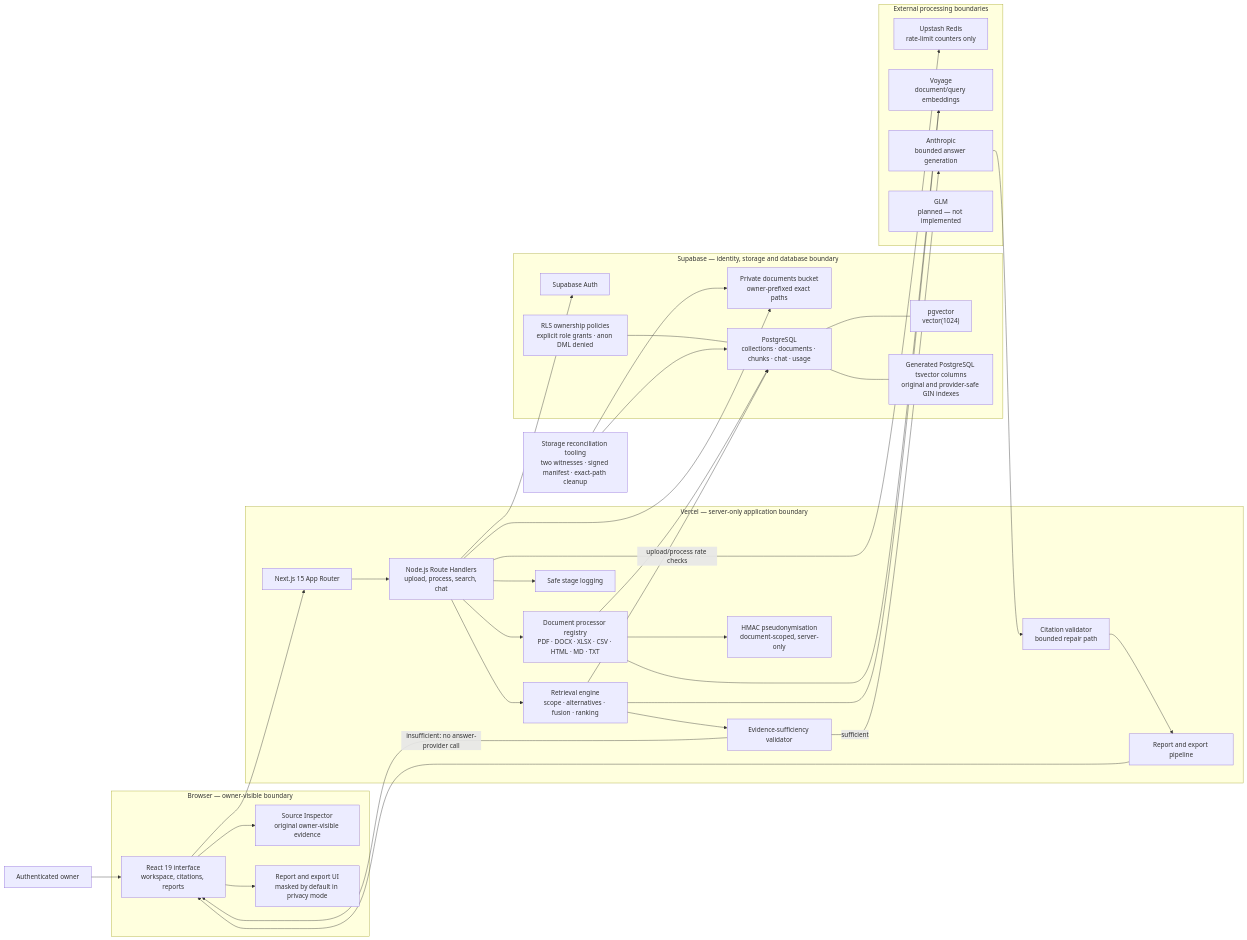
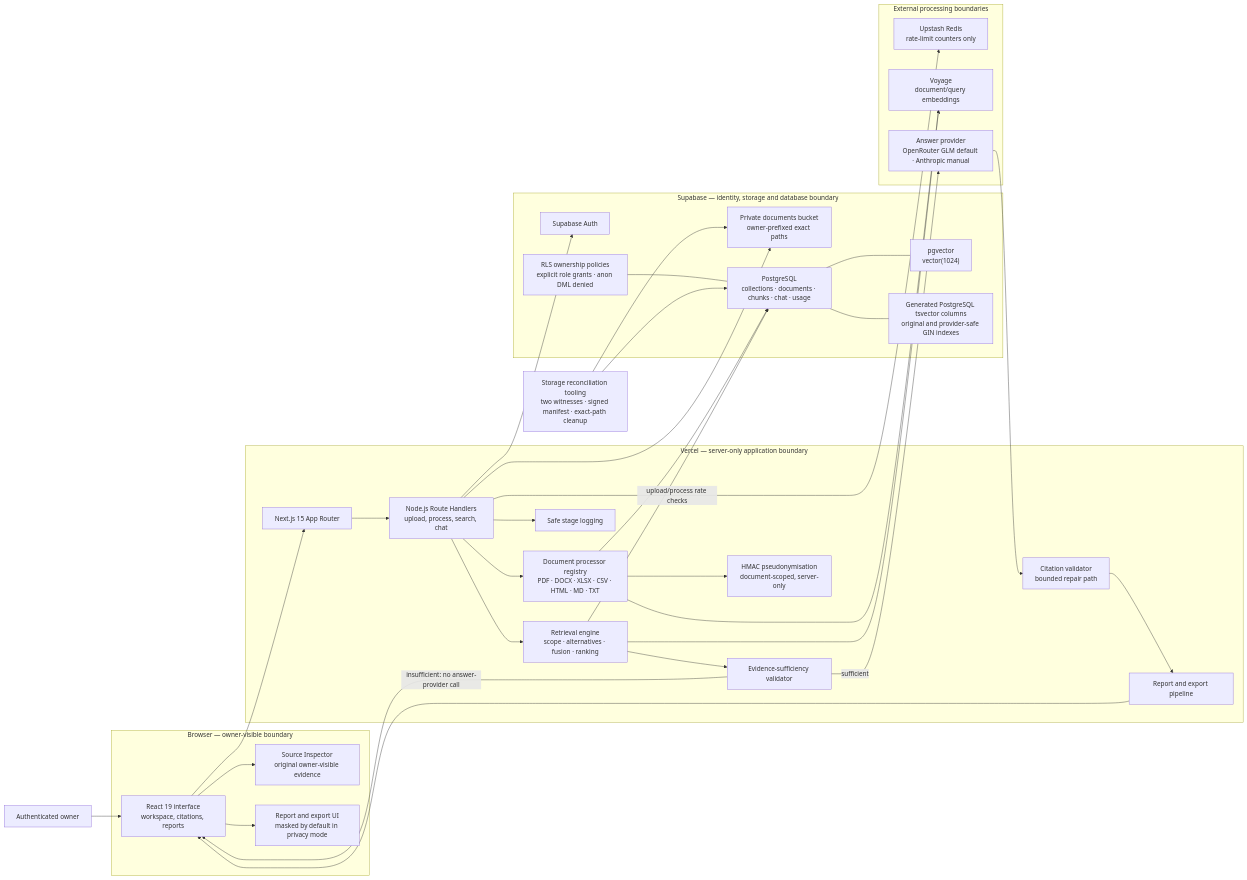
One commit to Deepak92939339/Pliny changed the first of 4 diagrams in docs/architecture.md. Above: the diagram before and after it, drawn with Mermaid. The commit also changed other lines of this file and 12 other files, not shown here.

Commit message:
feat: use OpenRouter GLM for answers

````diff
--- a/docs/architecture.md
+++ b/docs/architecture.md
@@ -9,64 +9,63 @@
 ```mermaid
 flowchart LR
   Owner["Authenticated owner"]
 
   subgraph Client["Browser — owner-visible boundary"]
     UI["React 19 interface<br/>workspace, citations, reports"]
     Inspector["Source Inspector<br/>original owner-visible evidence"]
     Export["Report and export UI<br/>masked by default in privacy mode"]
   end
 
   subgraph Runtime["Vercel — server-only application boundary"]
     Next["Next.js 15 App Router"]
     Routes["Node.js Route Handlers<br/>upload, process, search, chat"]
     Processors["Document processor registry<br/>PDF · DOCX · XLSX · CSV · HTML · MD · TXT"]
     Retrieval["Retrieval engine<br/>scope · alternatives · fusion · ranking"]
     Evidence["Evidence-sufficiency validator"]
     Citations["Citation validator<br/>bounded repair path"]
     Reports["Report and export pipeline"]
     Pseudonyms["HMAC pseudonymisation<br/>document-scoped, server-only"]
     SafeLogs["Safe stage logging"]
   end
 
   subgraph Supabase["Supabase — identity, storage and database boundary"]
     Auth["Supabase Auth"]
     Storage["Private documents bucket<br/>owner-prefixed exact paths"]
     DB["PostgreSQL<br/>collections · documents · chunks · chat · usage"]
     Vector["pgvector<br/>vector(1024)"]
     Lexical["Generated PostgreSQL tsvector columns<br/>original and provider-safe GIN indexes"]
     Access["RLS ownership policies<br/>explicit role grants · anon DML denied"]
   end
 
   subgraph External["External processing boundaries"]
     Upstash["Upstash Redis<br/>rate-limit counters only"]
     Voyage["Voyage<br/>document/query embeddings"]
-    Anthropic["Anthropic<br/>bounded answer generation"]
-    GLM["GLM<br/>planned — not implemented"]
+    AnswerProvider["Answer provider<br/>OpenRouter GLM default · Anthropic manual"]
   end
 
   Reconcile["Storage reconciliation tooling<br/>two witnesses · signed manifest · exact-path cleanup"]
 
   Owner --> UI
   UI --> Next --> Routes
   Routes --> Auth
   Routes --> Storage
   Routes --> Processors
   Processors --> Pseudonyms
   Processors --> Voyage
   Processors --> DB
   DB --- Vector
   DB --- Lexical
   Access --- DB
   Retrieval --> DB
   Retrieval --> Voyage
   Routes --> Retrieval --> Evidence
-  Evidence -->|"sufficient"| Anthropic
+  Evidence -->|"sufficient"| AnswerProvider
   Evidence -->|"insufficient: no answer-provider call"| UI
-  Anthropic --> Citations --> Reports --> UI
+  AnswerProvider --> Citations --> Reports --> UI
   UI --> Inspector
   UI --> Export
   Routes -->|"upload/process rate checks"| Upstash
   Routes --> SafeLogs
   Reconcile --> Storage
   Reconcile --> DB
 ```
````
